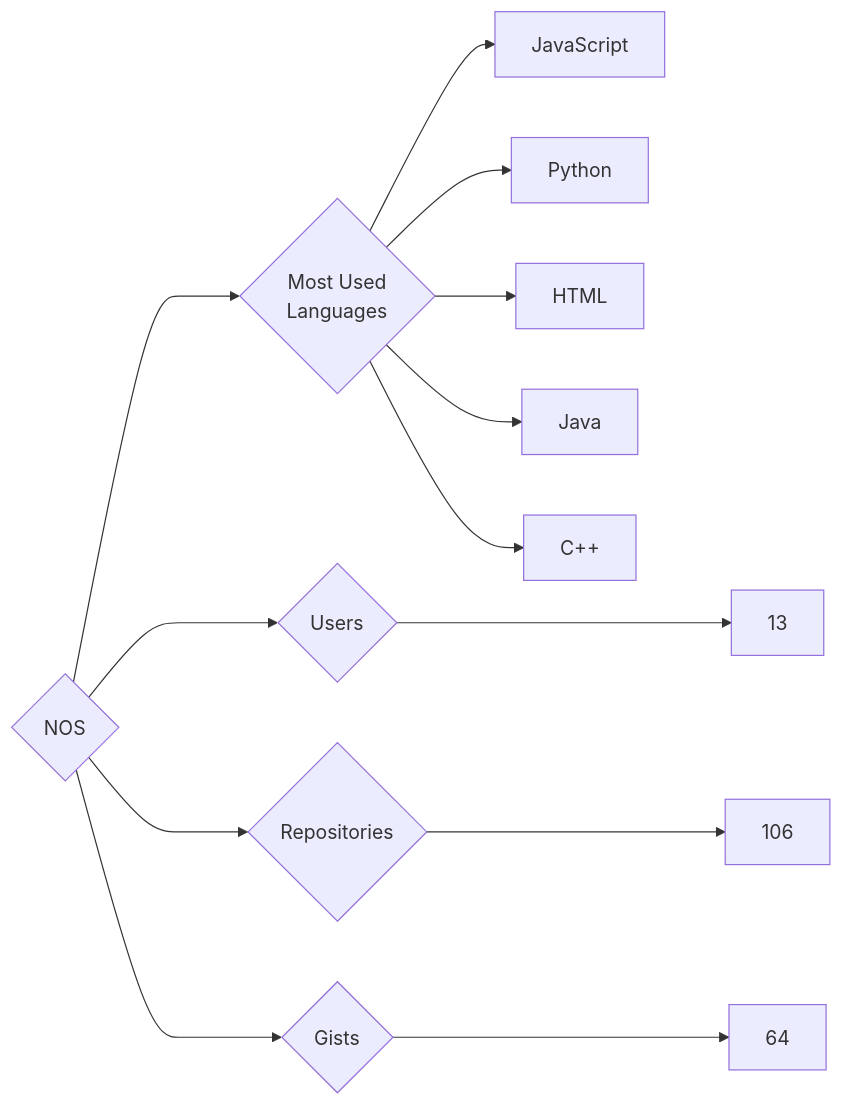
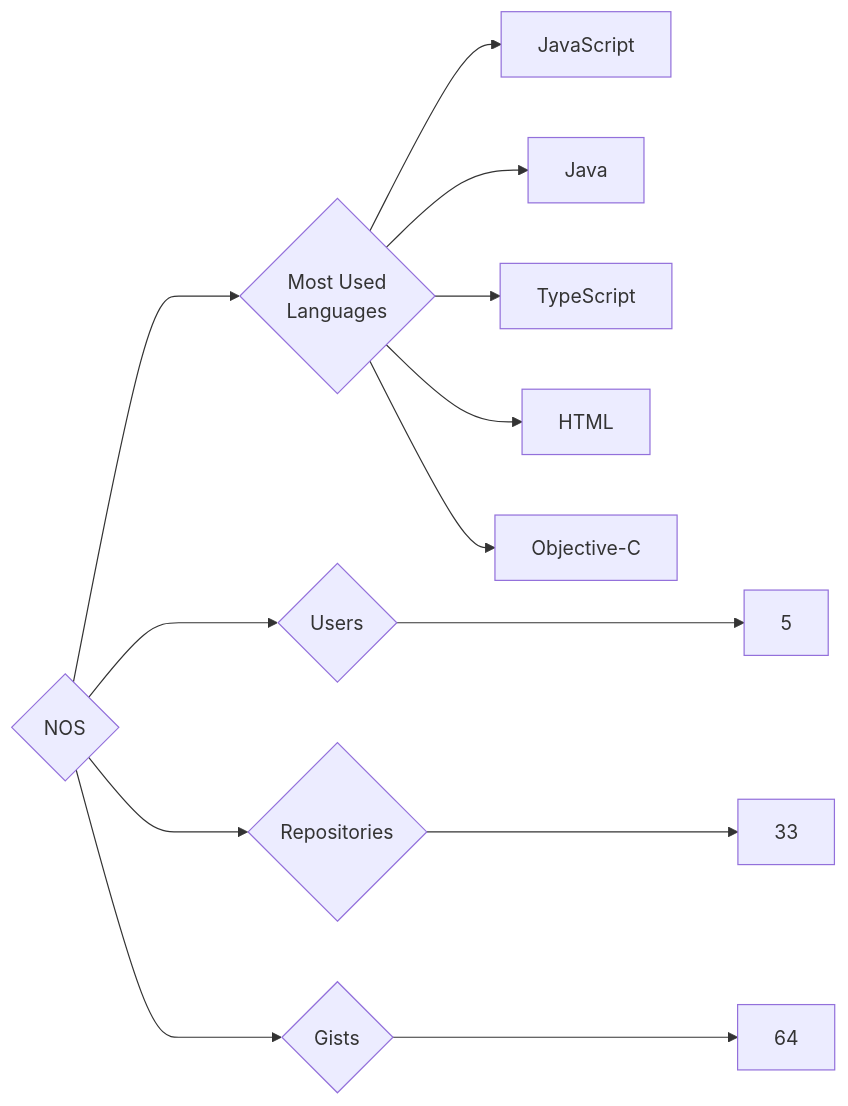
The diagram in targets/NOS/README.md (trickest/insiders), drawn with Mermaid before and after one commit. The commit also changed 1479 other files, not shown here.

````diff
--- a/targets/NOS/README.md
+++ b/targets/NOS/README.md
@@ -3,13 +3,13 @@
 ```mermaid
 graph LR
 COMPANY_NAME{NOS}
-COMPANY_NAME ---> U{Users} ---> UN[13]
-COMPANY_NAME ---> R{Repositories} ---> RN[106]
+COMPANY_NAME ---> U{Users} ---> UN[5]
+COMPANY_NAME ---> R{Repositories} ---> RN[33]
 COMPANY_NAME ---> G{Gists} ---> GN[64]
 COMPANY_NAME ---> ML{Most Used<br>Languages}
 ML --> JavaScript[JavaScript]
-ML --> Python[Python]
+ML --> Java[Java]
+ML --> TypeScript[TypeScript]
 ML --> HTML[HTML]
-ML --> Java[Java]
-ML --> C++[C++]
+ML --> Objective-C[Objective-C]
 ```
````
